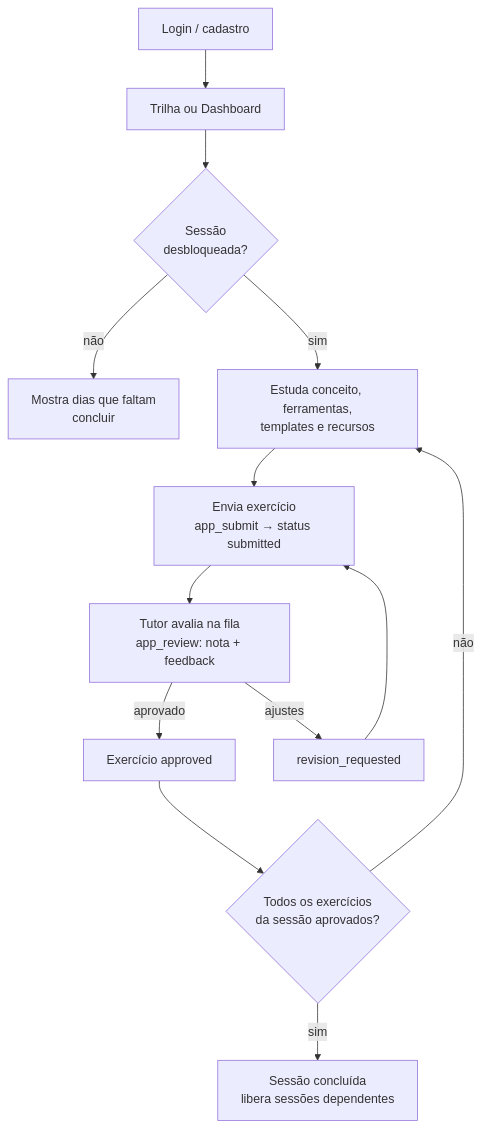
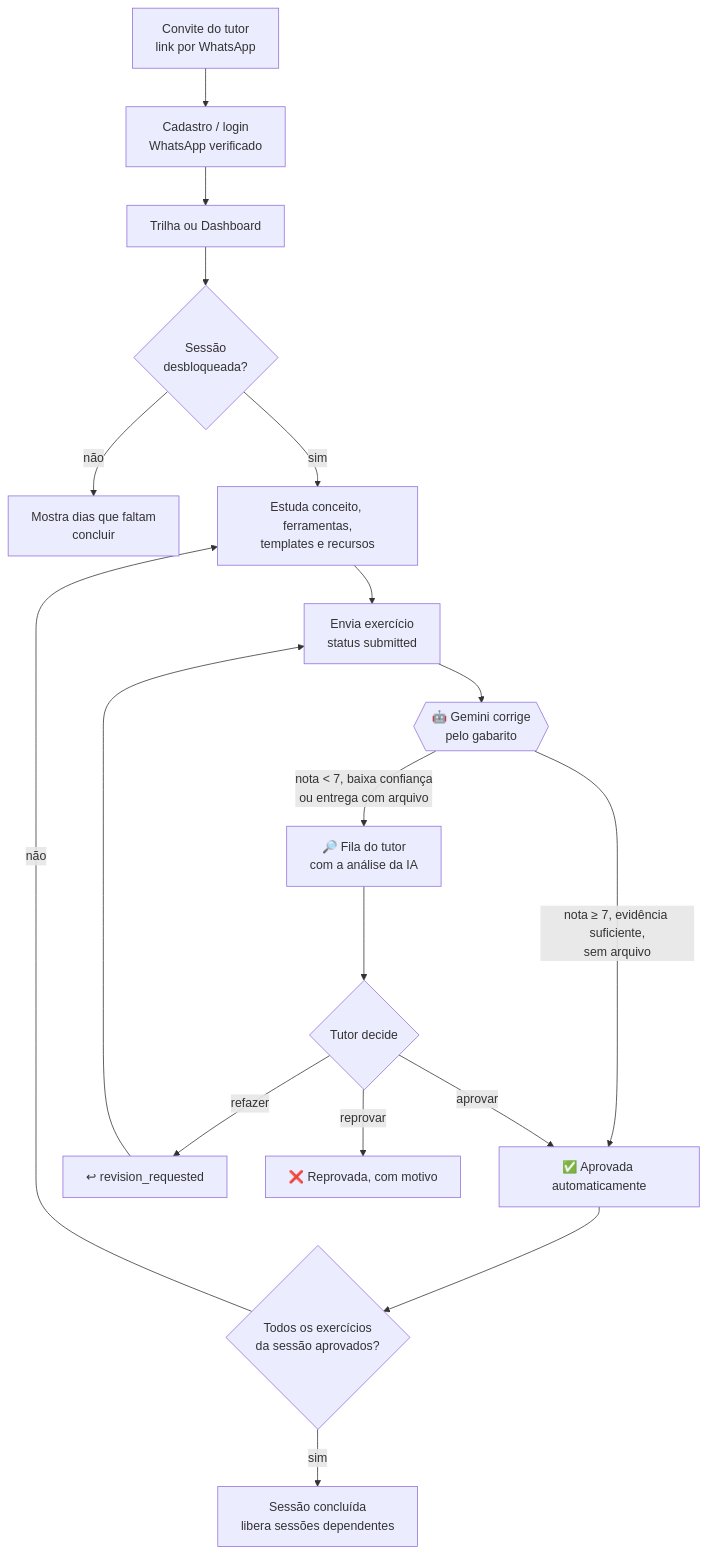
One commit to ehpessoa/dafa changed the second of 2 diagrams in README.md. Above: the diagram before and after it, drawn with Mermaid. The commit also changed other lines of this file, not shown here.

First line of the commit message:
Update README flow with AI grading, tutor review and overdue alerts

````diff
--- a/README.md
+++ b/README.md
@@ -45,15 +47,20 @@
 ```mermaid
 flowchart TD
-  L[Login / cadastro] --> T[Trilha ou Dashboard]
+  C[Convite do tutor<br/>link por WhatsApp] --> L[Cadastro / login<br/>WhatsApp verificado]
+  L --> T[Trilha ou Dashboard]
   T --> S{Sessão<br/>desbloqueada?}
   S -- não --> W[Mostra dias que faltam<br/>concluir]
   S -- sim --> E[Estuda conceito, ferramentas,<br/>templates e recursos]
-  E --> X[Envia exercício<br/>app_submit → status submitted]
-  X --> R[Tutor avalia na fila<br/>app_review: nota + feedback]
-  R -- aprovado --> A[Exercício approved]
-  R -- ajustes --> V[revision_requested]
+  E --> X[Envia exercício<br/>status submitted]
+  X --> G{{🤖 Gemini corrige<br/>pelo gabarito}}
+  G -- "nota ≥ 7, evidência suficiente,<br/>sem arquivo" --> A[✅ Aprovada automaticamente]
+  G -- "nota < 7, baixa confiança<br/>ou entrega com arquivo" --> Q[🔎 Fila do tutor<br/>com a análise da IA]
+  Q --> R{Tutor decide}
+  R -- aprovar --> A
+  R -- refazer --> V[↩ revision_requested]
+  R -- reprovar --> Z[❌ Reprovada, com motivo]
   V --> X
   A --> D{Todos os exercícios<br/>da sessão aprovados?}
   D -- sim --> F[Sessão concluída<br/>libera sessões dependentes]
   D -- não --> E
 ```
````
